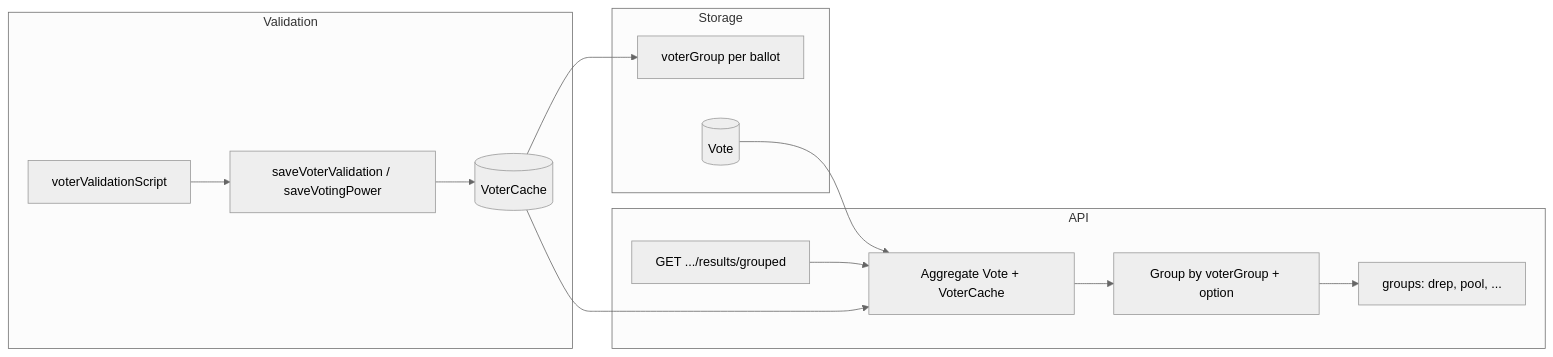
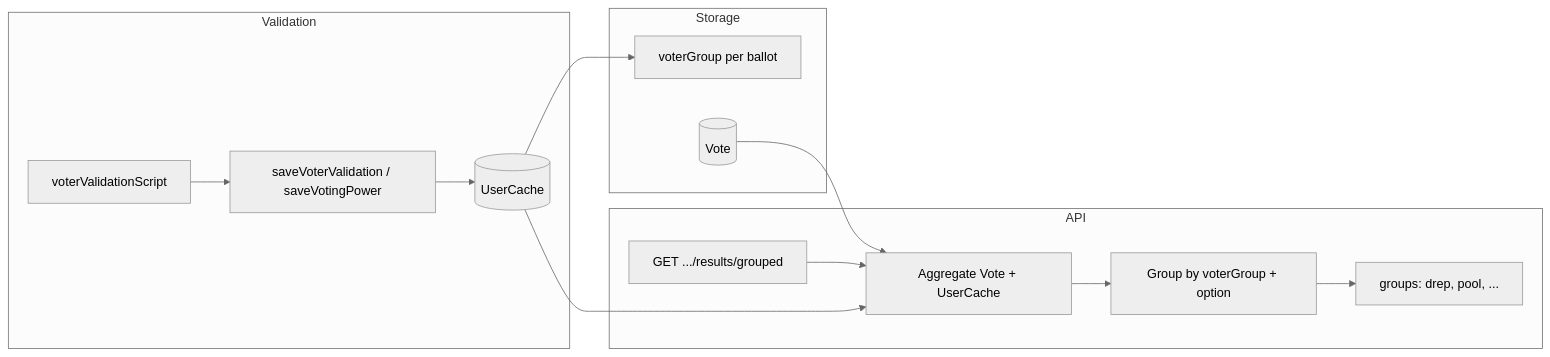
Before and after one commit to lerna-labs/ekklesia-backend: the diagram in docs/voter-groups-plan.md, drawn with Mermaid (neutral theme). The commit also changed other lines of this file and 15 other files, not shown here.

Commit message:
VoterCache renamed to UserCache

````diff
--- a/docs/voter-groups-plan.md
+++ b/docs/voter-groups-plan.md
@@ -83,20 +83,20 @@
 ```mermaid
 flowchart LR
   subgraph validation [Validation]
     Script[voterValidationScript]
     Script --> saveVoter[saveVoterValidation / saveVotingPower]
-    saveVoter --> VoterCache[(VoterCache)]
+    saveVoter --> UserCache[(UserCache)]
   end
   subgraph storage [Storage]
-    VoterCache --> voterGroup[voterGroup per ballot]
+    UserCache --> voterGroup[voterGroup per ballot]
     Vote[(Vote)]
   end
   subgraph api [API]
     Req[GET .../results/grouped]
-    Req --> Agg[Aggregate Vote + VoterCache]
+    Req --> Agg[Aggregate Vote + UserCache]
     Agg --> GroupBy[Group by voterGroup + option]
     GroupBy --> Response[groups: drep, pool, ...]
   end
   Vote --> Agg
-  VoterCache --> Agg
+  UserCache --> Agg
 ```
````
